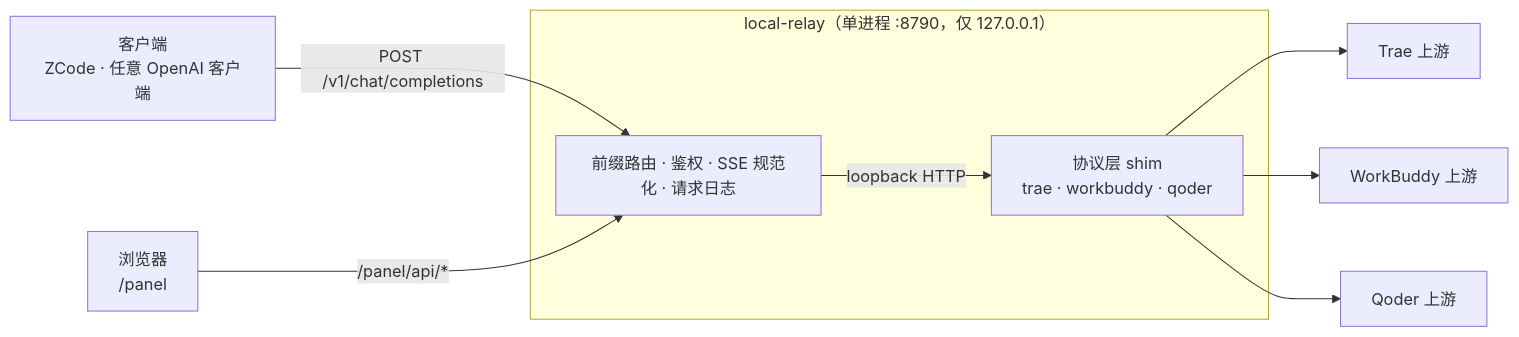
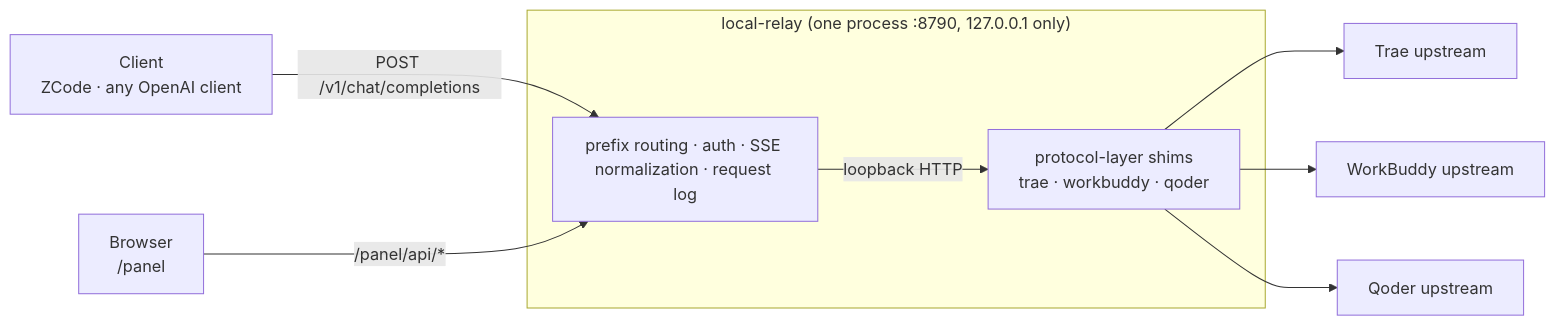
Before and after one commit to JAYTDD/local-relay: the diagram in README.md, drawn with Mermaid. The commit also changed other lines of this file and 1 other file, not shown here.

````diff
--- a/README.md
+++ b/README.md
@@ -49,12 +51,12 @@
 ```mermaid
 flowchart LR
-  Z["客户端<br/>ZCode · 任意 OpenAI 客户端"] -->|"POST /v1/chat/completions"| GW
-  B["浏览器<br/>/panel"] -->|"/panel/api/*"| GW
-  subgraph P["local-relay（单进程 :8790，仅 127.0.0.1）"]
-    GW["前缀路由 · 鉴权 · SSE 规范化 · 请求日志"]
-    GW -->|"loopback HTTP"| SHIM["协议层 shim<br/>trae · workbuddy · qoder"]
+  Z["Client<br/>ZCode · any OpenAI client"] -->|"POST /v1/chat/completions"| GW
+  B["Browser<br/>/panel"] -->|"/panel/api/*"| GW
+  subgraph P["local-relay (one process :8790, 127.0.0.1 only)"]
+    GW["prefix routing · auth · SSE normalization · request log"]
+    GW -->|"loopback HTTP"| SHIM["protocol-layer shims<br/>trae · workbuddy · qoder"]
   end
-  SHIM --> U1["Trae 上游"]
-  SHIM --> U2["WorkBuddy 上游"]
-  SHIM --> U3["Qoder 上游"]
+  SHIM --> U1["Trae upstream"]
+  SHIM --> U2["WorkBuddy upstream"]
+  SHIM --> U3["Qoder upstream"]
 ```
````
